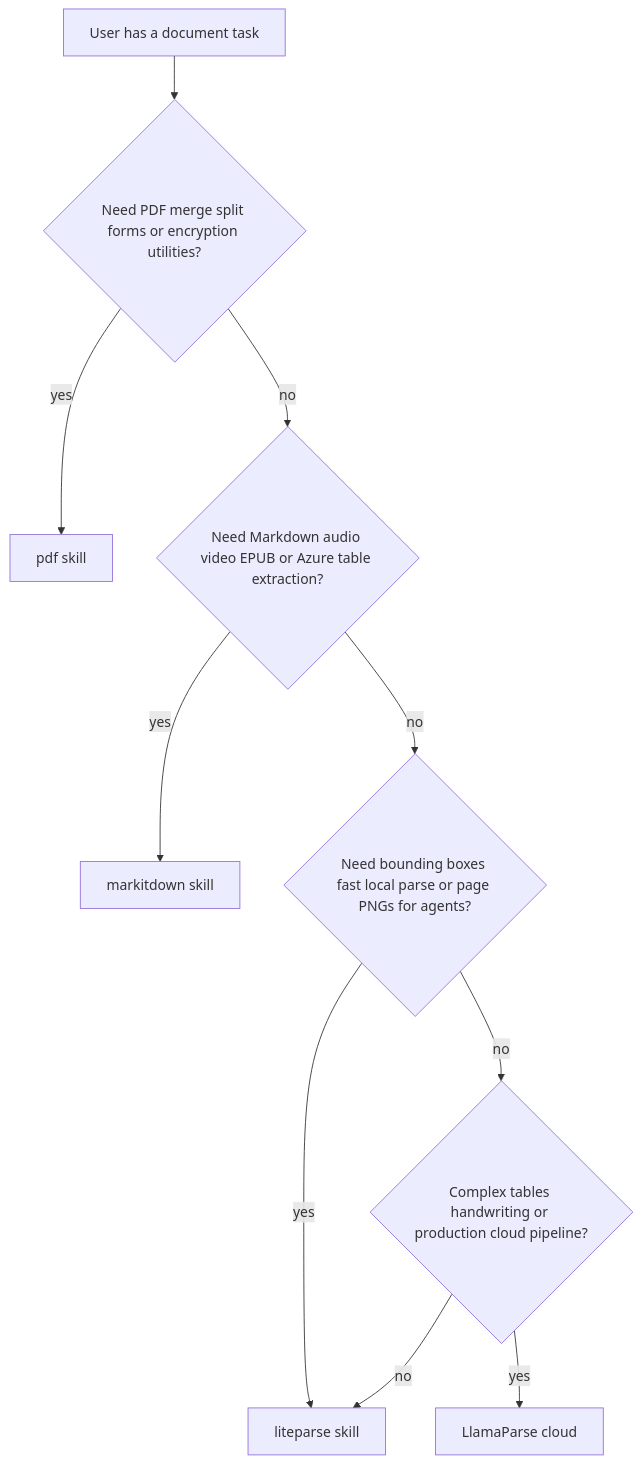
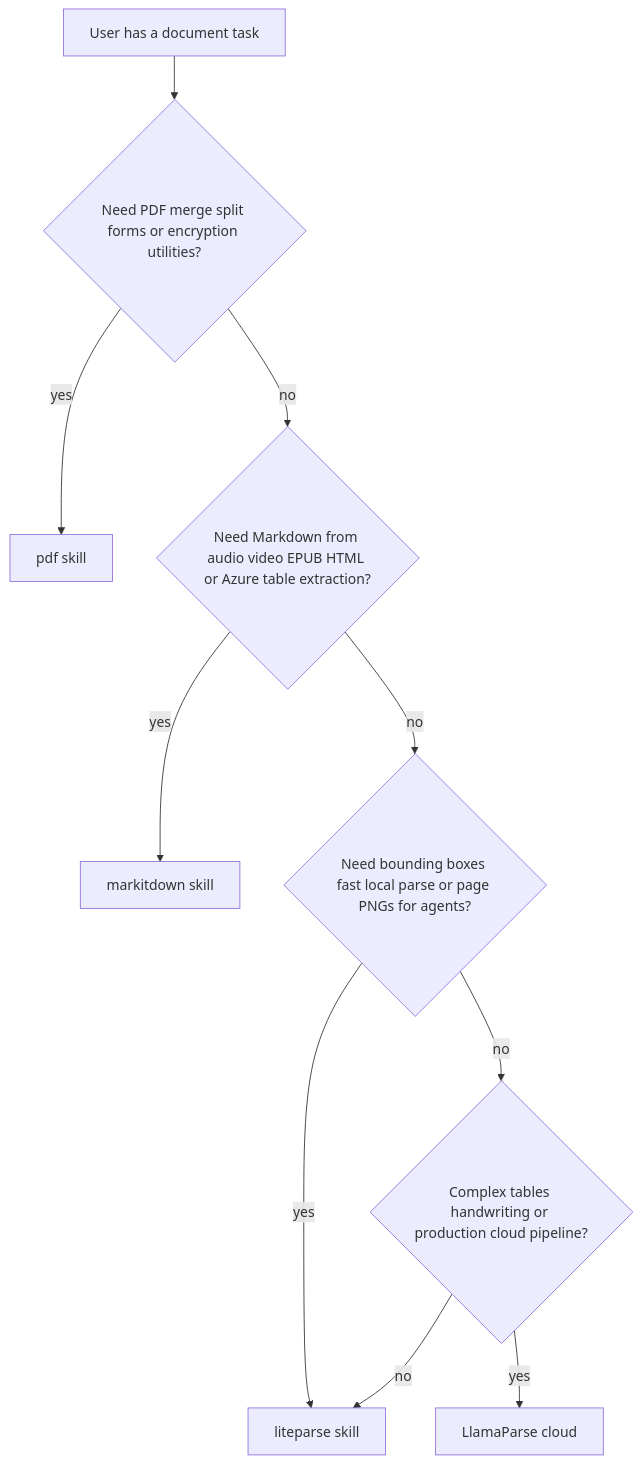
One commit to Yverr0y/skillquarium changed the diagram in liteparse/references/choosing_a_parser.md. Above: the diagram before and after it, drawn with Mermaid. The commit also changed other lines of this file and 1 other file, not shown here.

````diff
--- a/liteparse/references/choosing_a_parser.md
+++ b/liteparse/references/choosing_a_parser.md
@@ -5,13 +5,13 @@
 ```mermaid
 flowchart TD
   start[User has a document task]
   start --> q1{Need PDF merge split forms or encryption utilities?}
   q1 -->|yes| pdfSkill[pdf skill]
-  q1 -->|no| q2{Need Markdown audio video EPUB or Azure table extraction?}
+  q1 -->|no| q2{Need Markdown from audio video EPUB HTML or Azure table extraction?}
   q2 -->|yes| markitdown[markitdown skill]
   q2 -->|no| q3{Need bounding boxes fast local parse or page PNGs for agents?}
   q3 -->|yes| liteparse[liteparse skill]
   q3 -->|no| q4{Complex tables handwriting or production cloud pipeline?}
   q4 -->|yes| llamaparse[LlamaParse cloud]
   q4 -->|no| liteparse
 ```
````
